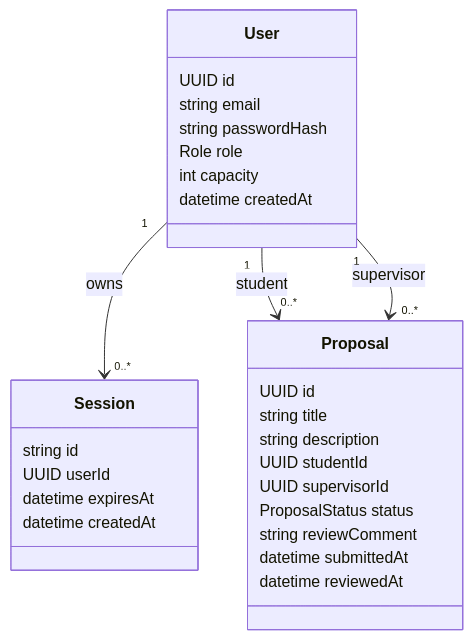
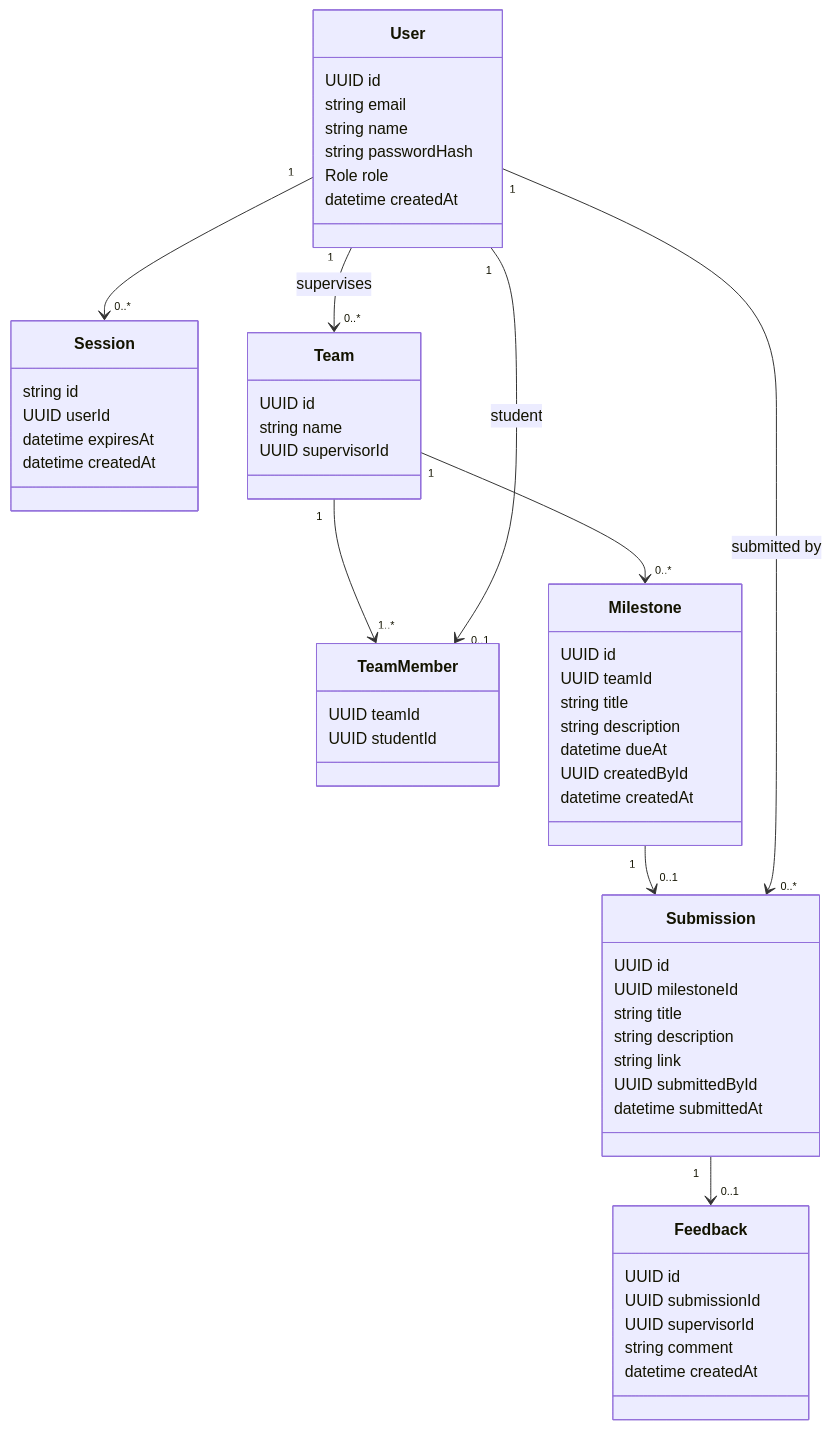
Before and after one commit to N0M3KM/CPMS: the second of 2 diagrams in docs/system-sds.md, drawn with Mermaid. The commit also changed other lines of this file and 21 other files, not shown here.

````diff
--- a/docs/system-sds.md
+++ b/docs/system-sds.md
@@ -27,31 +34,59 @@
 ```mermaid
 classDiagram
   class User {
     UUID id
     string email
+    string name
     string passwordHash
     Role role
-    int capacity
     datetime createdAt
   }
   class Session {
     string id
     UUID userId
     datetime expiresAt
     datetime createdAt
   }
-  class Proposal {
+  class Team {
     UUID id
+    string name
+    UUID supervisorId
+  }
+  class TeamMember {
+    UUID teamId
+    UUID studentId
+  }
+  class Milestone {
+    UUID id
+    UUID teamId
     string title
     string description
-    UUID studentId
+    datetime dueAt
+    UUID createdById
+    datetime createdAt
+  }
+  class Submission {
+    UUID id
+    UUID milestoneId
+    string title
+    string description
+    string link
+    UUID submittedById
+    datetime submittedAt
+  }
+  class Feedback {
+    UUID id
+    UUID submissionId
     UUID supervisorId
-    ProposalStatus status
-    string reviewComment
-    datetime submittedAt
-    datetime reviewedAt
+    string comment
+    datetime createdAt
   }
-  User "1" --> "0..*" Session : owns
-  User "1" --> "0..*" Proposal : student
-  User "1" --> "0..*" Proposal : supervisor
+  User "1" --> "0..*" Session
+  User "1" --> "0..*" Team : supervises
+  Team "1" --> "1..*" TeamMember
+  User "1" --> "0..1" TeamMember : student
+  Team "1" --> "0..*" Milestone
+  Milestone "1" --> "0..1" Submission
+  Submission "1" --> "0..1" Feedback
+  User "1" --> "0..*" Submission : submitted by
 ```
````
